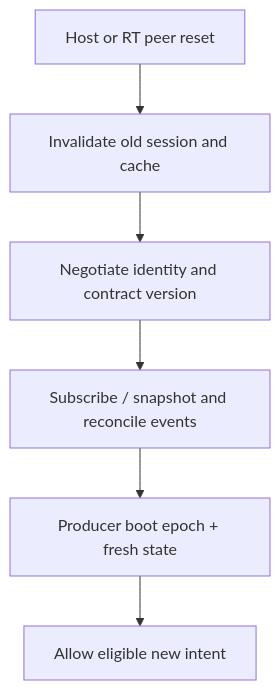
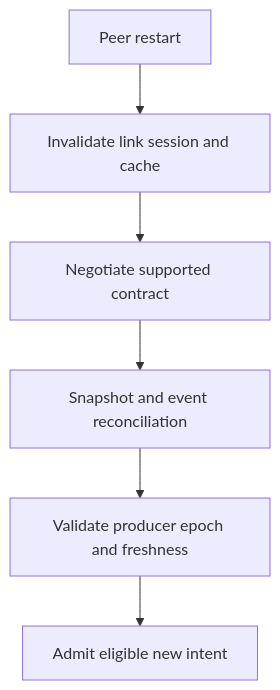
Before and after one commit to susmithmrm/ZARC: diagram 11 of 26 in docs/architecture/diagrams/README.md, drawn with Mermaid. The commit also changed other lines of this file and 26 other files, not shown here.

Commit message:
Rework 22 architecture diagrams and add component, visibility and lifecycle views

````diff
--- a/docs/architecture/diagrams/README.md
+++ b/docs/architecture/diagrams/README.md
@@ -236,16 +150,8 @@
 ```mermaid
 flowchart TD
-  %% Session reset and reconciliation
-  N0_0["Host or RT peer reset"]
-  N1_0["Invalidate old session and cache"]
-  N2_0["Negotiate identity and contract version"]
-  N3_0["Subscribe / snapshot and reconcile events"]
-  N4_0["Producer boot epoch + fresh state"]
-  N5_0["Allow eligible new intent"]
-  N0_0 --> N1_0
-  N1_0 --> N2_0
-  N2_0 --> N3_0
-  N3_0 --> N4_0
-  N4_0 --> N5_0
-  %% A new link session need not mean controller boot changed. Detect event gaps and do not replay stale intents.
+  R[Peer restart] --> I[Invalidate link session and cache]
+  I --> N[Negotiate supported contract]
+  N --> S[Snapshot and event reconciliation]
+  S --> E[Validate producer epoch and freshness]
+  E --> A[Admit eligible new intent]
 ```
````
